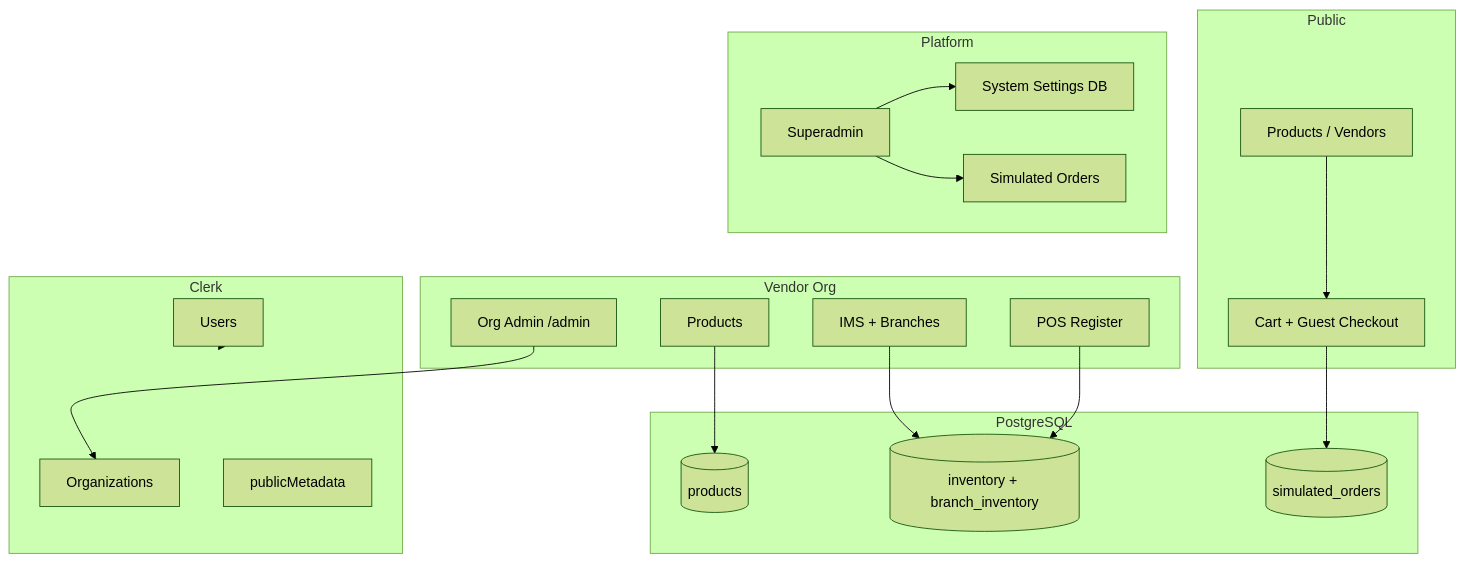
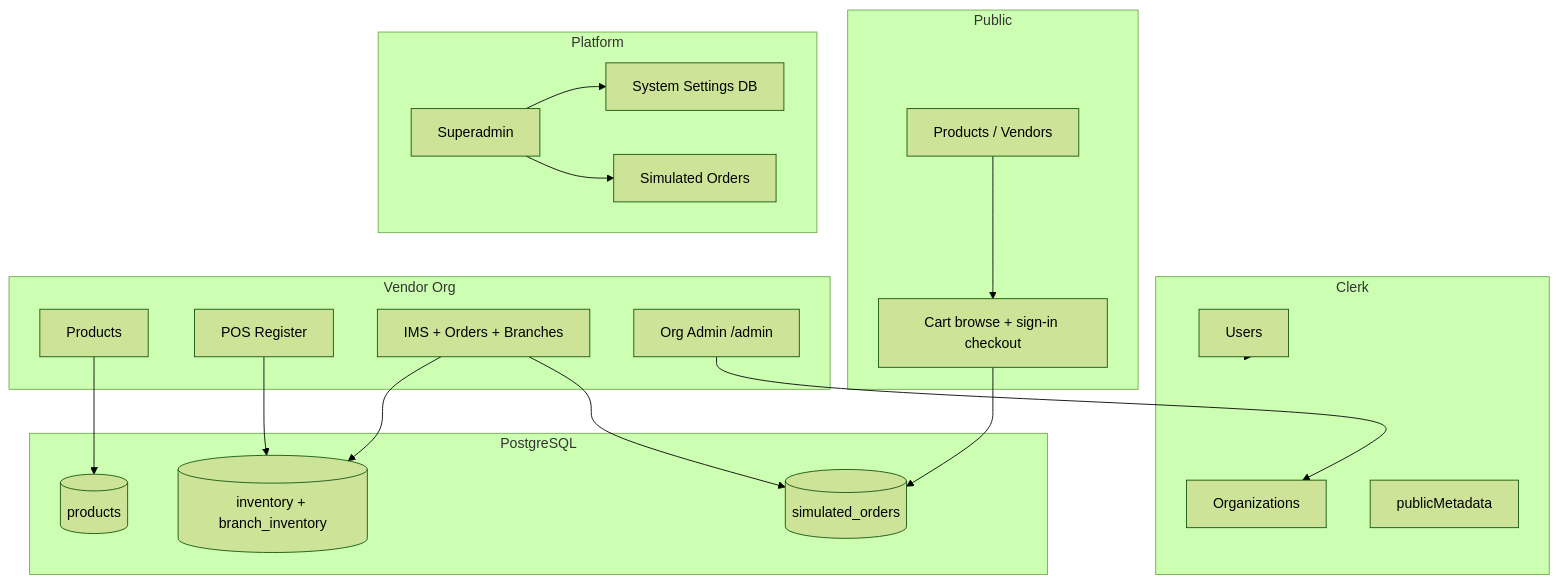
One commit to Dilnova/dilnova changed the diagram in dilnova/docs/MVP-MANUAL.md. Above: the diagram before and after it, drawn with Mermaid (forest theme). The commit also changed other lines of this file, not shown here.

Commit message:
docs: update MVP-MANUAL to reflect new checkout requirements, payment methods, and vendor order management flows

````diff
--- a/dilnova/docs/MVP-MANUAL.md
+++ b/dilnova/docs/MVP-MANUAL.md
@@ -367,42 +417,43 @@
 ```mermaid
 flowchart TB
   subgraph public [Public]
     Catalog[Products / Vendors]
-    Cart[Cart + Guest Checkout]
+    Cart[Cart browse + sign-in checkout]
   end
 
   subgraph auth [Clerk]
     Users[Users]
     Orgs[Organizations]
     Meta[publicMetadata]
   end
 
   subgraph vendor [Vendor Org]
     Admin[Org Admin /admin]
-    IMS[IMS + Branches]
+    IMS[IMS + Orders + Branches]
     POS[POS Register]
     CatalogMgmt[Products]
   end
 
   subgraph platform [Platform]
     SA[Superadmin]
     Settings[System Settings DB]
     Orders[Simulated Orders]
   end
 
   subgraph data [PostgreSQL]
     ProductsDB[(products)]
     InventoryDB[(inventory + branch_inventory)]
     OrdersDB[(simulated_orders)]
   end
 
   Catalog --> Cart
   Cart --> OrdersDB
   Admin --> Orgs
   IMS --> InventoryDB
+  IMS --> OrdersDB
   POS --> InventoryDB
   SA --> Settings
   SA --> Orders
   Users --> auth
   CatalogMgmt --> ProductsDB
 ```
````
